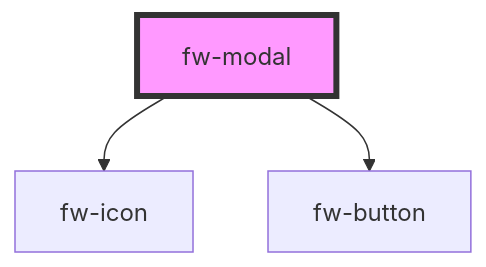
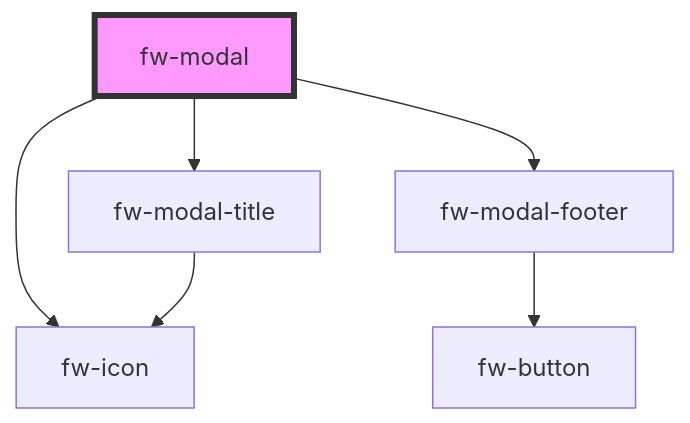
Before and after one commit to freshworks/crayons: the diagram in packages/crayons-core/src/components/modal/readme.md, drawn with Mermaid. The commit also changed other lines of this file and 20 other files, not shown here.

First line of the commit message:
feat(crayons): improving modal composibility by introducing modal-title, modal-content, modal-footer

````diff
--- a/packages/crayons-core/src/components/modal/readme.md
+++ b/packages/crayons-core/src/components/modal/readme.md
@@ -68,6 +101,9 @@
 ```mermaid
 graph TD;
   fw-modal --> fw-icon
-  fw-modal --> fw-button
+  fw-modal --> fw-modal-title
+  fw-modal --> fw-modal-footer
+  fw-modal-title --> fw-icon
+  fw-modal-footer --> fw-button
   style fw-modal fill:#f9f,stroke:#333,stroke-width:4px
 ```
````
